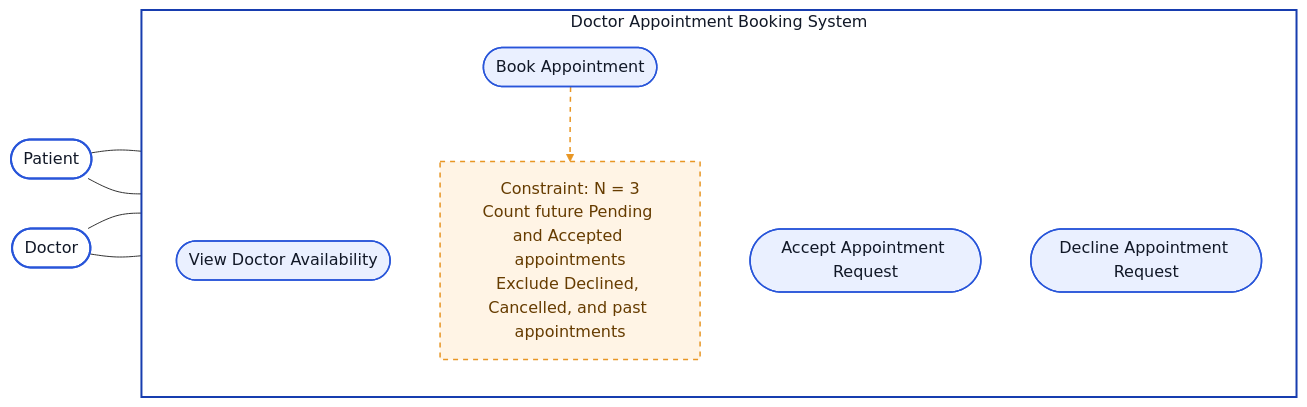
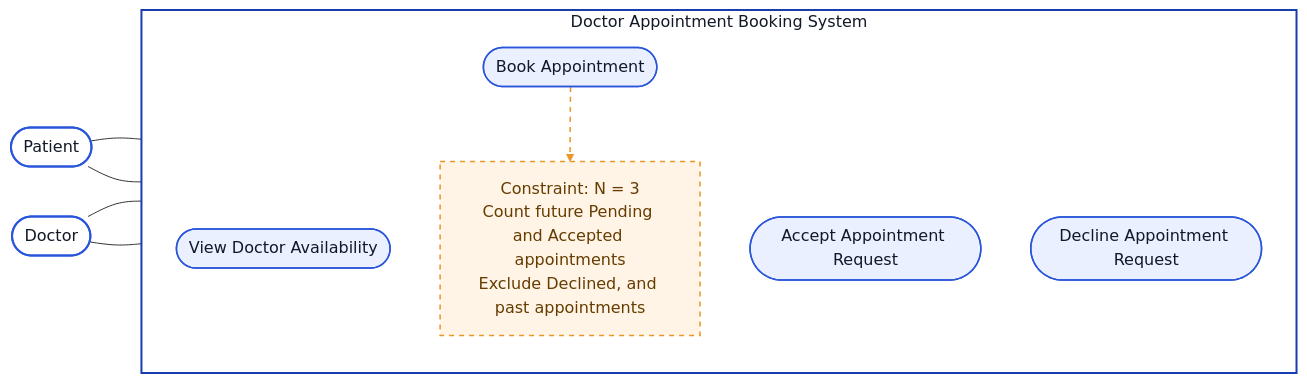
Before and after one commit to mohamedabdelmasood624/doctor-appointment-booking-system: the diagram in use_case_diagram.md, drawn with Mermaid. The commit also changed 1 other file, not shown here.

Commit message:
Remove 'Cancelled' status, no requirement supports it

````diff
--- a/use_case_diagram.md
+++ b/use_case_diagram.md
@@ -4,34 +4,34 @@
 ```mermaid
 flowchart LR
     Patient([Patient])
     Doctor([Doctor])
 
     subgraph System["Doctor Appointment Booking System"]
         direction TB
 
         UC1(["View Doctor Availability"])
         UC2(["Book Appointment"])
         UC3(["Accept Appointment Request"])
         UC4(["Decline Appointment Request"])
 
-        Constraint["Constraint: N = 3<br/>Count future Pending and Accepted appointments<br/>Exclude Declined, Cancelled, and past appointments"]
+        Constraint["Constraint: N = 3<br/>Count future Pending and Accepted appointments<br/>Exclude Declined, and past appointments"]
 
         UC2 -.-> Constraint
     end
 
     Patient --- UC1
     Patient --- UC2
     Doctor --- UC3
     Doctor --- UC4
 
     classDef actor fill:#FFFFFF,stroke:#2855D9,color:#111827,stroke-width:2px
     classDef usecase fill:#EAF0FF,stroke:#2855D9,color:#111827,stroke-width:1.5px
     classDef constraint fill:#FFF4E5,stroke:#E89624,color:#663C00,stroke-width:1.5px,stroke-dasharray:5 5
 
     class Patient,Doctor actor
     class UC1,UC2,UC3,UC4 usecase
     class Constraint constraint
 
     style System fill:#FFFFFF,stroke:#173DAF,color:#111827,stroke-width:2px
     linkStyle 0 stroke:#E89624,stroke-width:1.5px,stroke-dasharray:5 5
 ```
````
